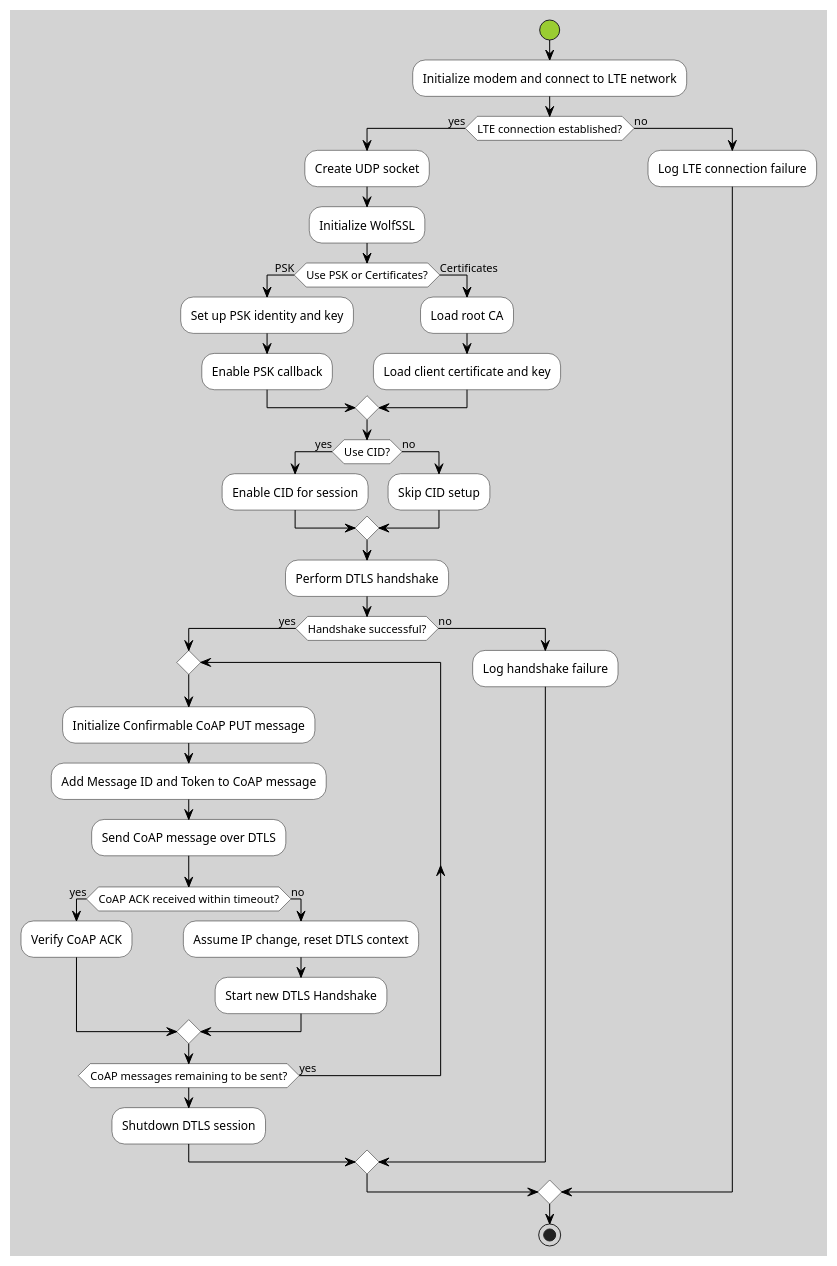
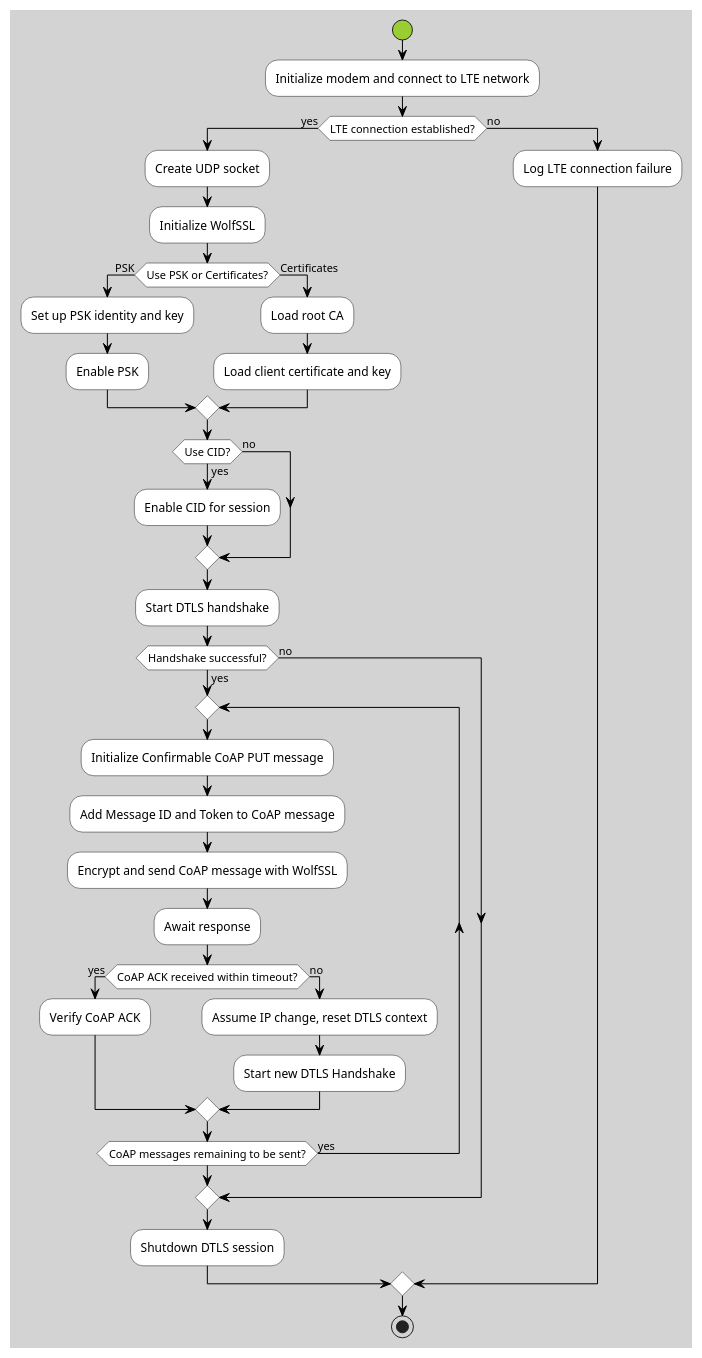
The diagram in src/documentation/sequence-client.plantuml (Johann-Zurner/DTLS_CoAP_Client), drawn with PlantUML before and after one commit. The commit also changed 1 other file, not shown here.

```diff
--- a/src/documentation/sequence-client.plantuml
+++ b/src/documentation/sequence-client.plantuml
@@ -1,53 +1,53 @@
 @startuml DTLS_Handshake_Configuration
 skinparam backgroundColor LightGrey
 skinparam activity {
   StartColor YellowGreen
   EndColor Tomato
   BackgroundColor White
   ArrowColor Black
 }
 start
 
 :Initialize modem and connect to LTE network;
 if (LTE connection established?) then (yes)
   :Create UDP socket;
   :Initialize WolfSSL;
 
 
   if (Use PSK or Certificates?) then (PSK)
     :Set up PSK identity and key;
-    :Enable PSK callback;
+    :Enable PSK;
   else (Certificates)
     :Load root CA;
     :Load client certificate and key;
   endif
 
   if (Use CID?) then (yes)
     :Enable CID for session;
   else (no)
-    :Skip CID setup;
+
   endif
 
-  :Perform DTLS handshake;
+  :Start DTLS handshake;
   if (Handshake successful?) then (yes)
     repeat
       :Initialize Confirmable CoAP PUT message;
       :Add Message ID and Token to CoAP message;
-      :Send CoAP message over DTLS;
+      :Encrypt and send CoAP message with WolfSSL;
+      :Await response;
       if (CoAP ACK received within timeout?) then (yes)
         :Verify CoAP ACK;
       else (no)
         :Assume IP change, reset DTLS context;
         :Start new DTLS Handshake;
       endif
     repeat while (CoAP messages remaining to be sent?) is (yes)
+  else (no)
+  endif
     :Shutdown DTLS session;
-  else (no)
-    :Log handshake failure;
-  endif
 else (no)
   :Log LTE connection failure;
 endif
 
 stop
 @enduml
```
